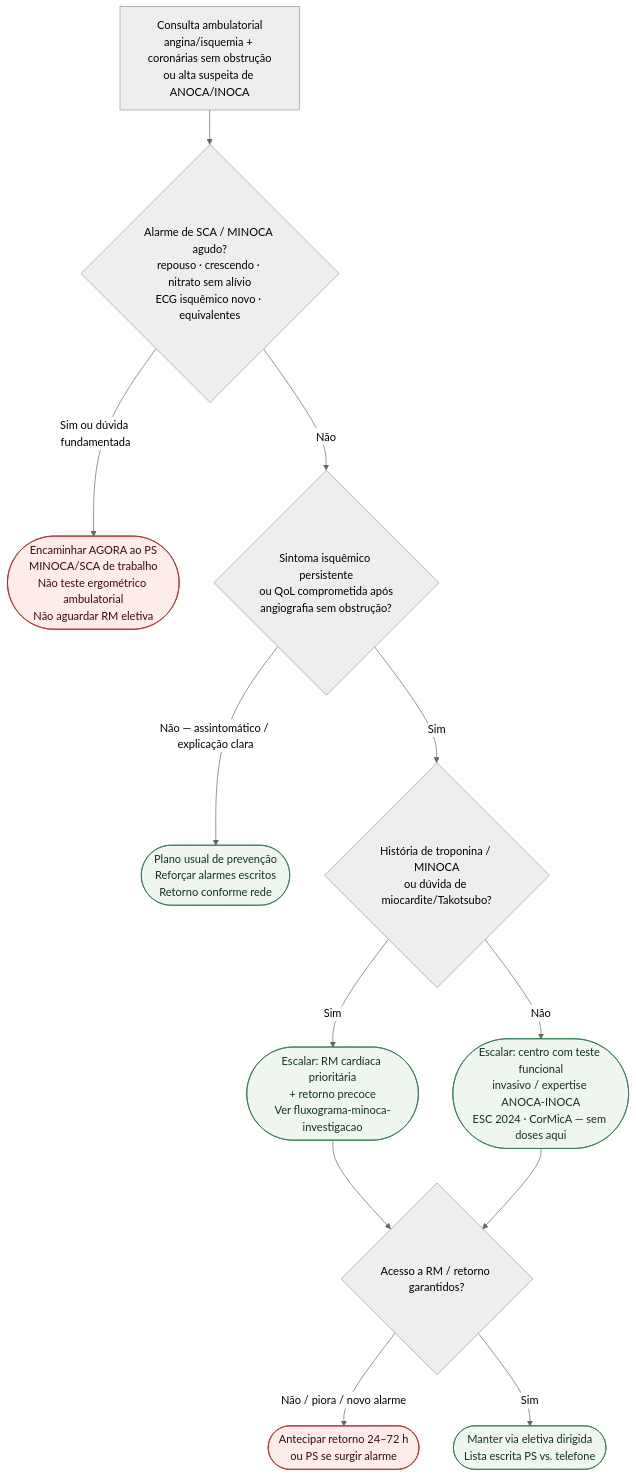
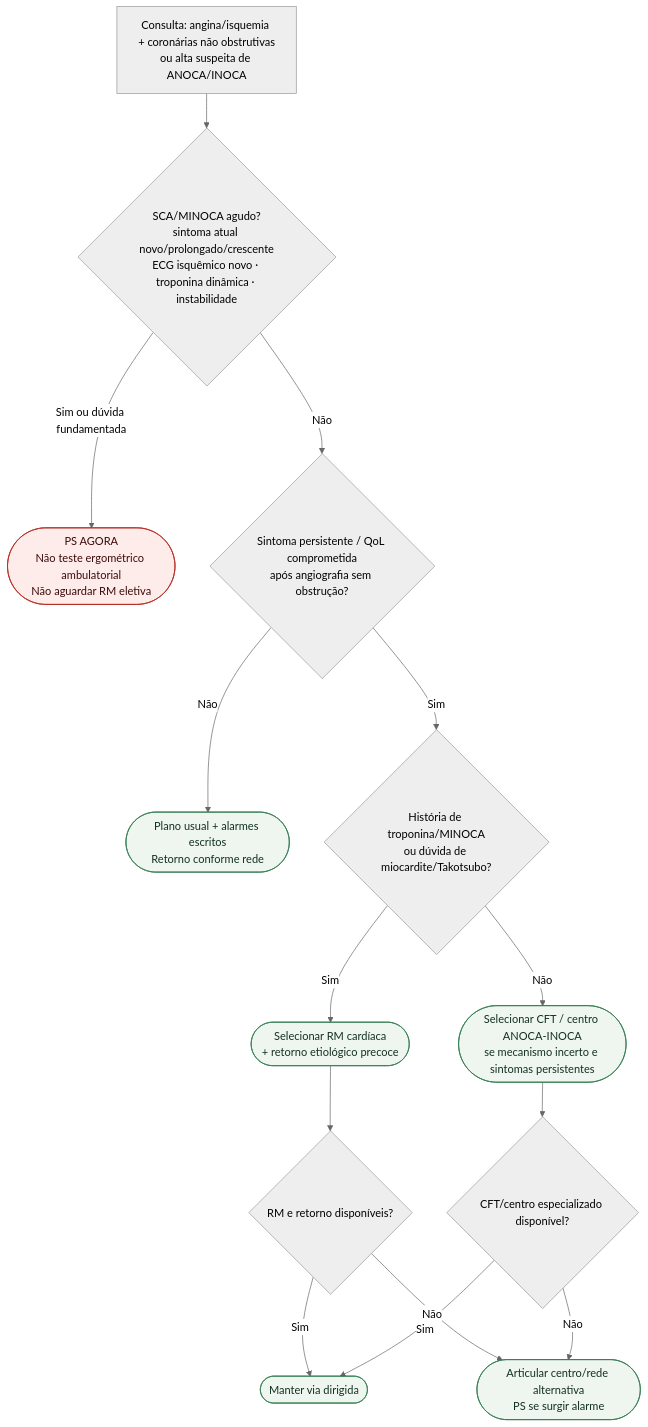
The diagram in content/Doença_coronariana/fluxograma-ambulatorial-suspeita-inoca-minoca-destino.md (rafaelpaesmeirelles/MeuCardio), drawn with Mermaid (neutral theme) before and after one commit. The commit also changed other lines of this file, not shown here.

Commit message:
fix(content): revisa fluxograma INOCA/MINOCA

````diff
--- a/content/Doença_coronariana/fluxograma-ambulatorial-suspeita-inoca-minoca-destino.md
+++ b/content/Doença_coronariana/fluxograma-ambulatorial-suspeita-inoca-minoca-destino.md
@@ -23,26 +21,26 @@
 ```mermaid
 flowchart TD
-  R0["Consulta ambulatorial<br/>angina/isquemia + coronárias sem obstrução<br/>ou alta suspeita de ANOCA/INOCA"] --> D1{"Alarme de SCA / MINOCA agudo?<br/>repouso · crescendo · nitrato sem alívio<br/>ECG isquêmico novo · equivalentes"}
+  R0["Consulta: angina/isquemia + coronárias não obstrutivas<br/>ou alta suspeita de ANOCA/INOCA"] --> D1{"SCA/MINOCA agudo?<br/>sintoma atual novo/prolongado/crescente<br/>ECG isquêmico novo · troponina dinâmica · instabilidade"}
 
-  D1 -->|"Sim ou dúvida fundamentada"| C1(["Encaminhar AGORA ao PS<br/>MINOCA/SCA de trabalho<br/>Não teste ergométrico ambulatorial<br/>Não aguardar RM eletiva"])
+  D1 -->|"Sim ou dúvida fundamentada"| C1(["PS AGORA<br/>Não teste ergométrico ambulatorial<br/>Não aguardar RM eletiva"])
 
-  D1 -->|"Não"| D2{"Sintoma isquêmico persistente<br/>ou QoL comprometida após<br/>angiografia sem obstrução?"}
+  D1 -->|"Não"| D2{"Sintoma persistente / QoL comprometida<br/>após angiografia sem obstrução?"}
+  D2 -->|"Não"| C2(["Plano usual + alarmes escritos<br/>Retorno conforme rede"])
 
-  D2 -->|"Não — assintomático / explicação clara"| C2(["Plano usual de prevenção<br/>Reforçar alarmes escritos<br/>Retorno conforme rede"])
+  D2 -->|"Sim"| D3{"História de troponina/MINOCA<br/>ou dúvida de miocardite/Takotsubo?"}
 
-  D2 -->|"Sim"| D3{"História de troponina / MINOCA<br/>ou dúvida de miocardite/Takotsubo?"}
+  D3 -->|"Sim"| C3(["Selecionar RM cardíaca<br/>+ retorno etiológico precoce"])
+  C3 --> A3{"RM e retorno disponíveis?"}
+  A3 -->|"Sim"| C6(["Manter via dirigida"])
+  A3 -->|"Não"| C7(["Articular centro/rede alternativa<br/>PS se surgir alarme"])
 
-  D3 -->|"Sim"| C3(["Escalar: RM cardíaca prioritária<br/>+ retorno precoce<br/>Ver fluxograma-minoca-investigacao"])
+  D3 -->|"Não"| C4(["Selecionar CFT / centro ANOCA-INOCA<br/>se mecanismo incerto e sintomas persistentes"])
+  C4 --> A4{"CFT/centro especializado disponível?"}
+  A4 -->|"Sim"| C6
+  A4 -->|"Não"| C7
 
-  D3 -->|"Não"| C4(["Escalar: centro com teste funcional<br/>invasivo / expertise ANOCA-INOCA<br/>ESC 2024 · CorMicA — sem doses aqui"])
-
-  C3 --> D4{"Acesso a RM / retorno garantidos?"}
-  C4 --> D4
-  D4 -->|"Não / piora / novo alarme"| C5(["Antecipar retorno 24–72 h<br/>ou PS se surgir alarme"])
-  D4 -->|"Sim"| C6(["Manter via eletiva dirigida<br/>Lista escrita PS vs. telefone"])
-
+  classDef alerta fill:#fdecea,stroke:#b3261e,color:#3b0a0a;
   classDef conduta fill:#eef6ef,stroke:#2f7a4f,color:#12301f;
-  classDef alerta fill:#fdecea,stroke:#b3261e,color:#3b0a0a;
-  class C1,C5 alerta;
-  class C2,C3,C4,C6 conduta;
+  class C1 alerta;
+  class C2,C3,C4,C6,C7 conduta;
 ```
````
